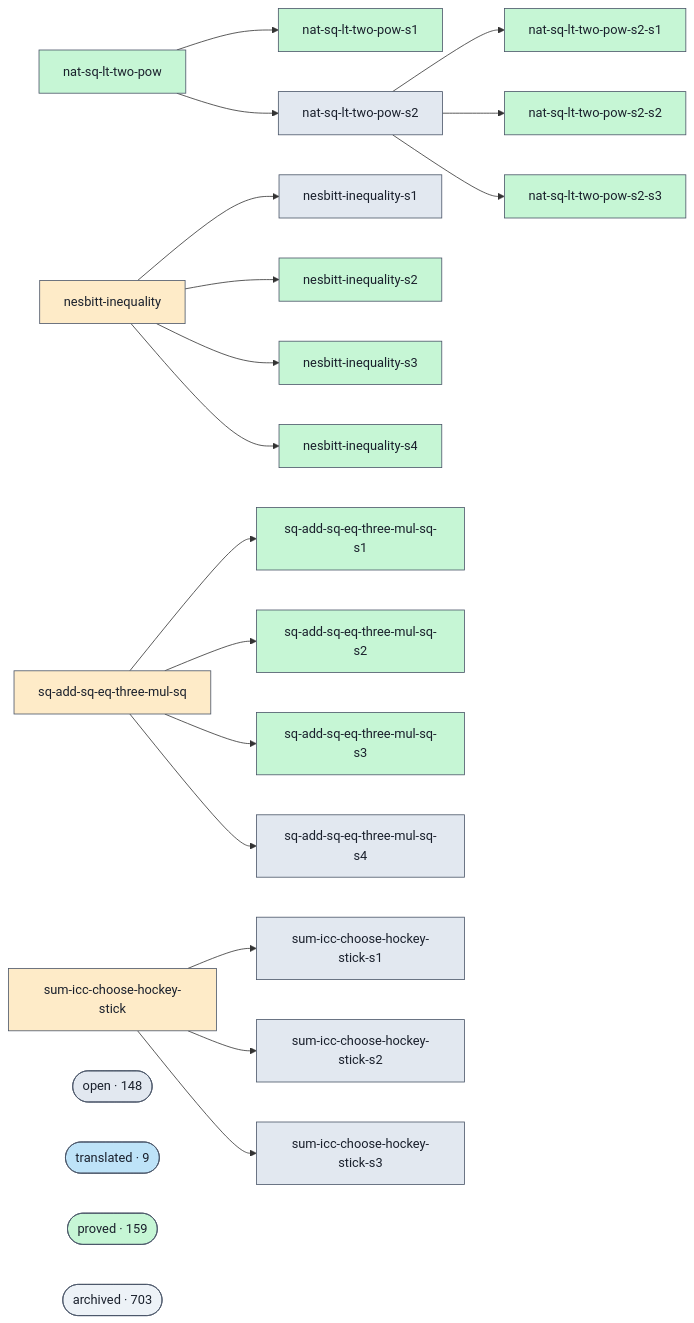
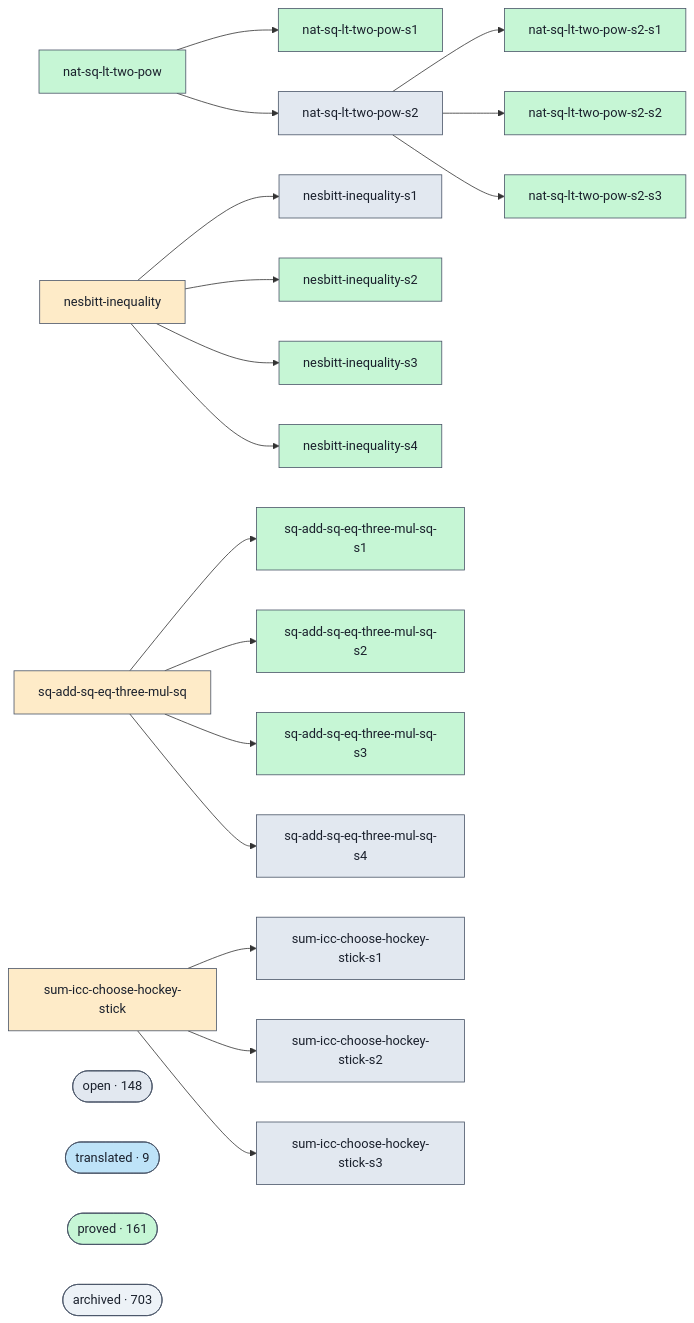
One commit to Rauxon/unsorry changed the diagram in docs/proofs-contributors-visualisation.md. Above: the diagram before and after it, drawn with Mermaid. The commit also changed other lines of this file and 2 other files, not shown here.

```diff
--- a/docs/proofs-contributors-visualisation.md
+++ b/docs/proofs-contributors-visualisation.md
@@ -102,7 +102,7 @@
   class cluster_open open;
   cluster_translated(["translated · 9"])
   class cluster_translated translated;
-  cluster_proved(["proved · 159"])
+  cluster_proved(["proved · 161"])
   class cluster_proved proved;
   cluster_archived(["archived · 703"])
   class cluster_archived unknown;
```
